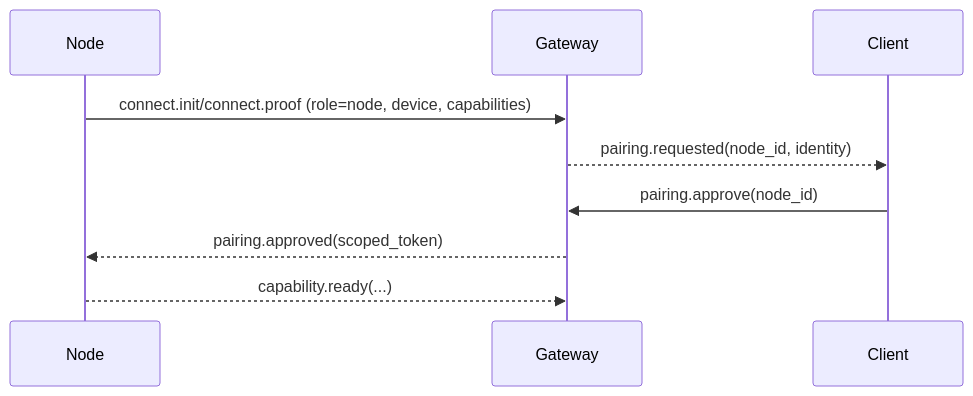
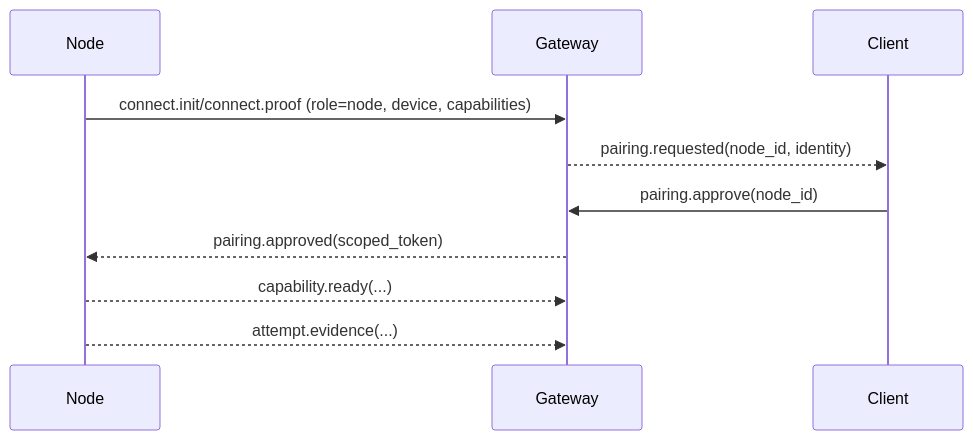
Before and after one commit to tyrumai/tyrum: the diagram in docs/architecture/node.md, drawn with Mermaid. The commit also changed other lines of this file and 11 other files, not shown here.

Commit message:
feat(ws): add node readiness + evidence events (#420)

````diff
--- a/docs/architecture/node.md
+++ b/docs/architecture/node.md
@@ -33,12 +33,13 @@
 ```mermaid
 sequenceDiagram
   participant Node
   participant Gateway
   participant Client
 
   Node->>Gateway: connect.init/connect.proof (role=node, device, capabilities)
   Gateway-->>Client: pairing.requested(node_id, identity)
   Client->>Gateway: pairing.approve(node_id)
   Gateway-->>Node: pairing.approved(scoped_token)
   Node-->>Gateway: capability.ready(...)
+  Node-->>Gateway: attempt.evidence(...)
 ```
````
